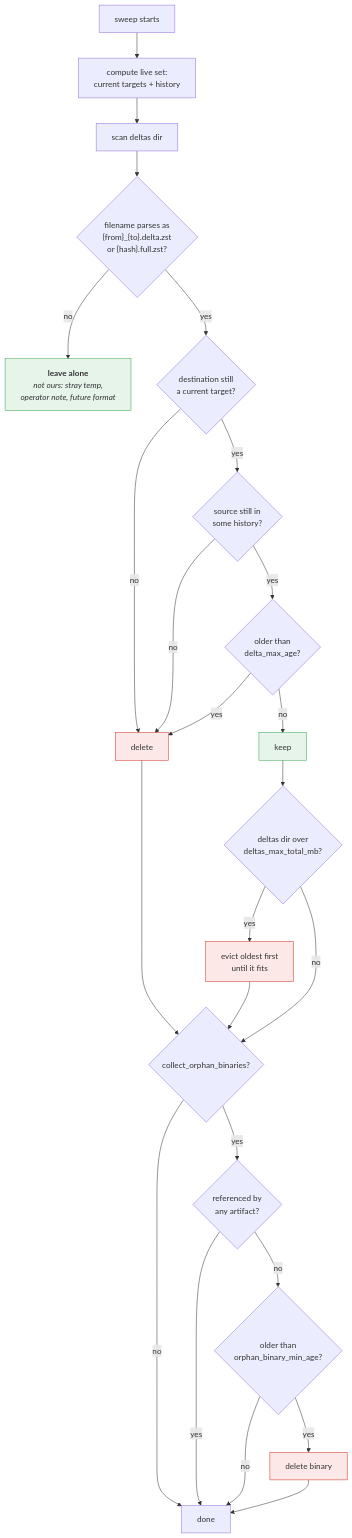
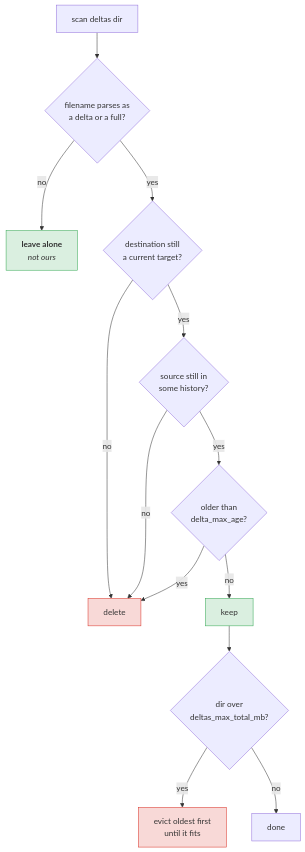
The third of 4 diagrams in site/content/server/_index.md (carlosprados/ota-updater), drawn with Mermaid before and after one commit. The commit also changed other lines of this file and 13 other files, not shown here.

First line of the commit message:
fix(docs): broken diagram, unreadable colours, duplicated H1, footer links

````diff
--- a/site/content/server/_index.md
+++ b/site/content/server/_index.md
@@ -165,35 +163,20 @@
 ```mermaid
 flowchart TD
-    START["sweep starts"] --> LIVE["compute live set:<br/>current targets + history"]
-
-    LIVE --> SCAN["scan deltas dir"]
-    SCAN --> PARSE{"filename parses as<br/>{from}_{to}.delta.zst<br/>or {hash}.full.zst?"}
-    PARSE -->|no| LEAVE["<b>leave alone</b><br/><i>not ours: stray temp,<br/>operator note, future format</i>"]
+    SCAN["scan deltas dir"] --> PARSE{"filename parses as<br/>a delta or a full?"}
+    PARSE -->|no| LEAVE["<b>leave alone</b><br/><i>not ours</i>"]
     PARSE -->|yes| R1{"destination still<br/>a current target?"}
-
     R1 -->|no| DEL["delete"]
     R1 -->|yes| R2{"source still in<br/>some history?"}
     R2 -->|no| DEL
     R2 -->|yes| R3{"older than<br/>delta_max_age?"}
     R3 -->|yes| DEL
     R3 -->|no| KEEP["keep"]
+    KEEP --> CAP{"dir over<br/>deltas_max_total_mb?"}
+    CAP -->|yes| EVICT["evict oldest first<br/>until it fits"]
+    CAP -->|no| DONE["done"]
 
-    KEEP --> CAP{"deltas dir over<br/>deltas_max_total_mb?"}
-    CAP -->|yes| EVICT["evict oldest first<br/>until it fits"]
-    CAP -->|no| BIN
-
-    DEL --> BIN{"collect_orphan_binaries?"}
-    EVICT --> BIN
-    BIN -->|no| DONE["done"]
-    BIN -->|yes| B1{"referenced by<br/>any artifact?"}
-    B1 -->|yes| DONE
-    B1 -->|no| B2{"older than<br/>orphan_binary_min_age?"}
-    B2 -->|no| DONE
-    B2 -->|yes| DELBIN["delete binary"]
-    DELBIN --> DONE
-
-    classDef del fill:#fce8e6,stroke:#d93025
-    classDef keep fill:#e6f4ea,stroke:#34a853
-    class DEL,EVICT,DELBIN del
+    classDef del fill:#d930252e,stroke:#d93025
+    classDef keep fill:#34a8532e,stroke:#34a853
+    class DEL,EVICT del
     class KEEP,LEAVE keep
 ```
````
